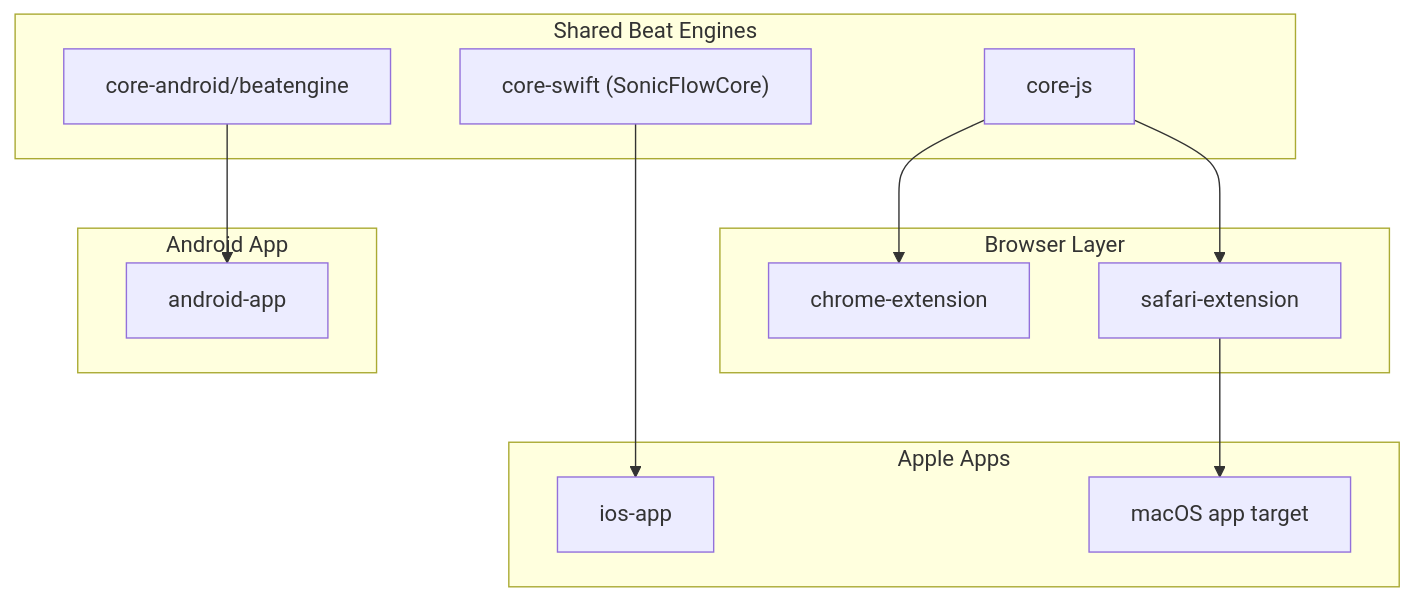
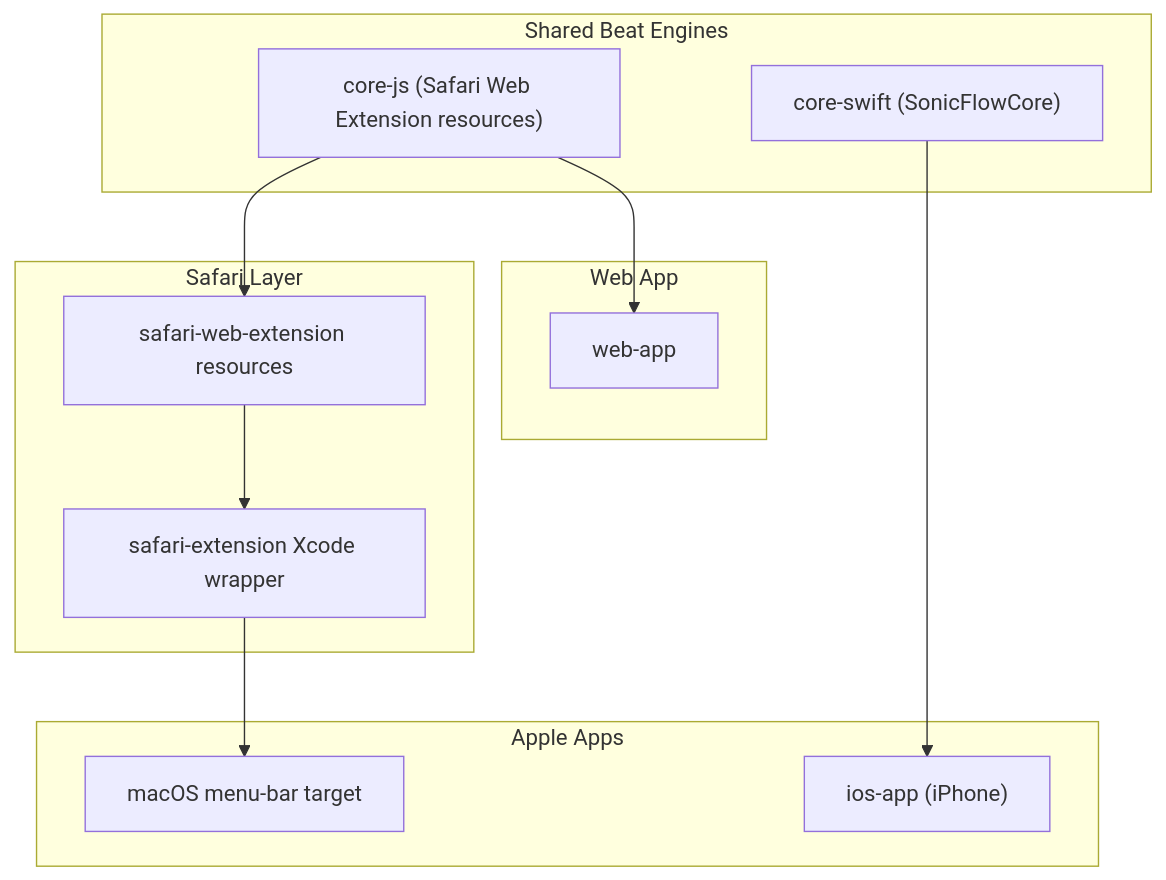
Before and after one commit to leopardcodeai/sonicflow_app: the first of 2 diagrams in docs/architecture/system-overview.md, drawn with Mermaid. The commit also changed other lines of this file and 264 other files, not shown here.

````diff
--- a/docs/architecture/system-overview.md
+++ b/docs/architecture/system-overview.md
@@ -7,28 +7,27 @@
 ```mermaid
 flowchart TB
     subgraph Shared["Shared Beat Engines"]
-        JS["core-js"]
+        JS["core-js (Safari Web Extension resources)"]
         SW["core-swift (SonicFlowCore)"]
-        KT["core-android/beatengine"]
     end
 
-    subgraph Browser["Browser Layer"]
-        CH["chrome-extension"]
-        SAF["safari-extension"]
+    subgraph Safari["Safari Layer"]
+        WEBEXT["safari-web-extension resources"]
+        SAF["safari-extension Xcode wrapper"]
+    end
+
+    subgraph Web["Web App"]
+        PWA["web-app"]
     end
 
     subgraph Apple["Apple Apps"]
-        IOS["ios-app"]
-        MAC["macOS app target"]
+        IOS["ios-app (iPhone)"]
+        MAC["macOS menu-bar target"]
     end
 
-    subgraph Android["Android App"]
-        APP["android-app"]
-    end
-
-    JS --> CH
-    JS --> SAF
+    JS --> WEBEXT
+    JS --> PWA
+    WEBEXT --> SAF
     SW --> IOS
     SAF --> MAC
-    KT --> APP
 ```
````
